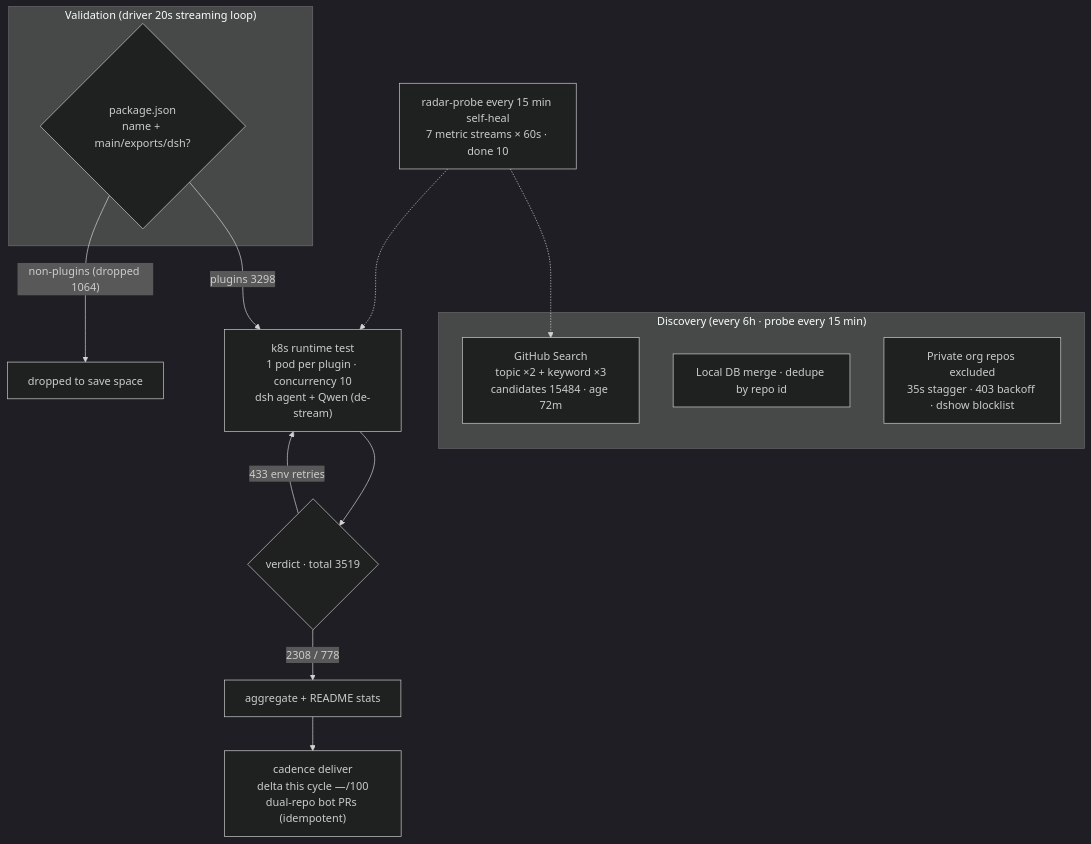
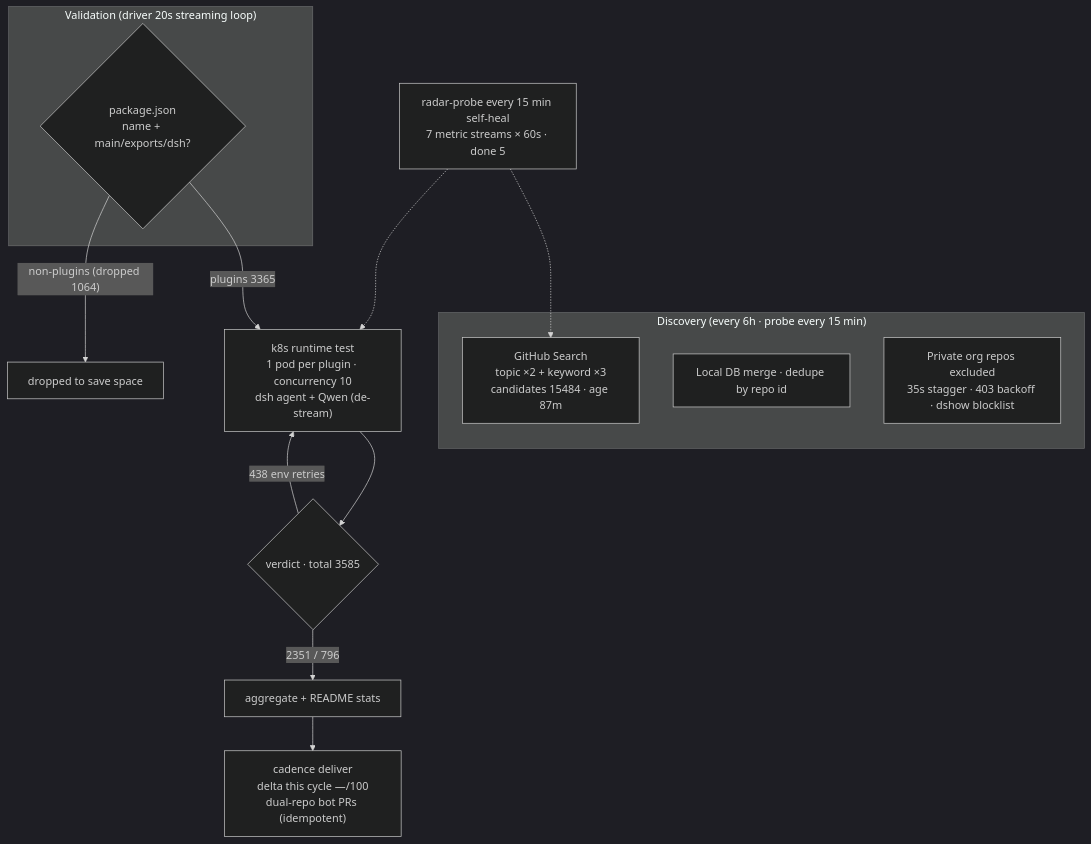
One commit to AdamPlatin123/awesome-dsh-plugins changed the diagram in README.en-US.md. Above: the diagram before and after it, drawn with Mermaid (dark theme). The commit also changed other lines of this file and 5 other files, not shown here.

````diff
--- a/README.en-US.md
+++ b/README.en-US.md
@@ -30,20 +30,20 @@
 ```mermaid
 flowchart TB
     subgraph Discovery["Discovery (every 6h · probe every 15 min)"]
-        A1["GitHub Search<br/>topic ×2 + keyword ×3<br/>candidates 15484 · age 72m"]
+        A1["GitHub Search<br/>topic ×2 + keyword ×3<br/>candidates 15484 · age 87m"]
         A2["Local DB merge · dedupe by repo id"]
         A3["Private org repos excluded<br/>35s stagger · 403 backoff · dshow blocklist"]
     end
     subgraph Validation["Validation (driver 20s streaming loop)"]
         B1{"package.json<br/>name + main/exports/dsh?"}
     end
-    B1 -->|"plugins 3298"| C1["k8s runtime test<br/>1 pod per plugin · concurrency 10<br/>dsh agent + Qwen (de-stream)"]
+    B1 -->|"plugins 3365"| C1["k8s runtime test<br/>1 pod per plugin · concurrency 10<br/>dsh agent + Qwen (de-stream)"]
     B1 -->|"non-plugins (dropped 1064)"| B3["dropped to save space"]
-    C1 --> D1{"verdict · total 3519"}
-    D1 -->|"2308 / 778"| E1["aggregate + README stats"]
-    D1 -->|"433 env retries"| C1
+    C1 --> D1{"verdict · total 3585"}
+    D1 -->|"2351 / 796"| E1["aggregate + README stats"]
+    D1 -->|"438 env retries"| C1
     E1 --> E2["cadence deliver<br/>delta this cycle —/100<br/>dual-repo bot PRs (idempotent)"]
-    M["radar-probe every 15 min self-heal<br/>7 metric streams × 60s · done 10"]
+    M["radar-probe every 15 min self-heal<br/>7 metric streams × 60s · done 5"]
     M -.-> A1
     M -.-> C1
 ```
````
